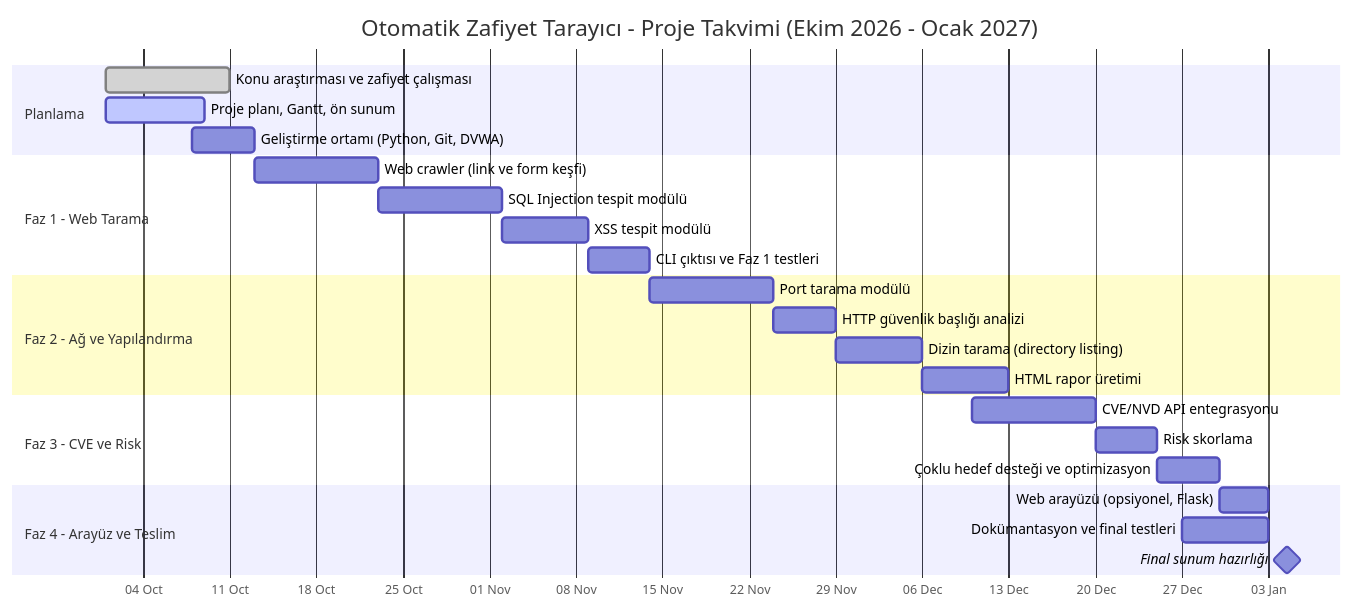
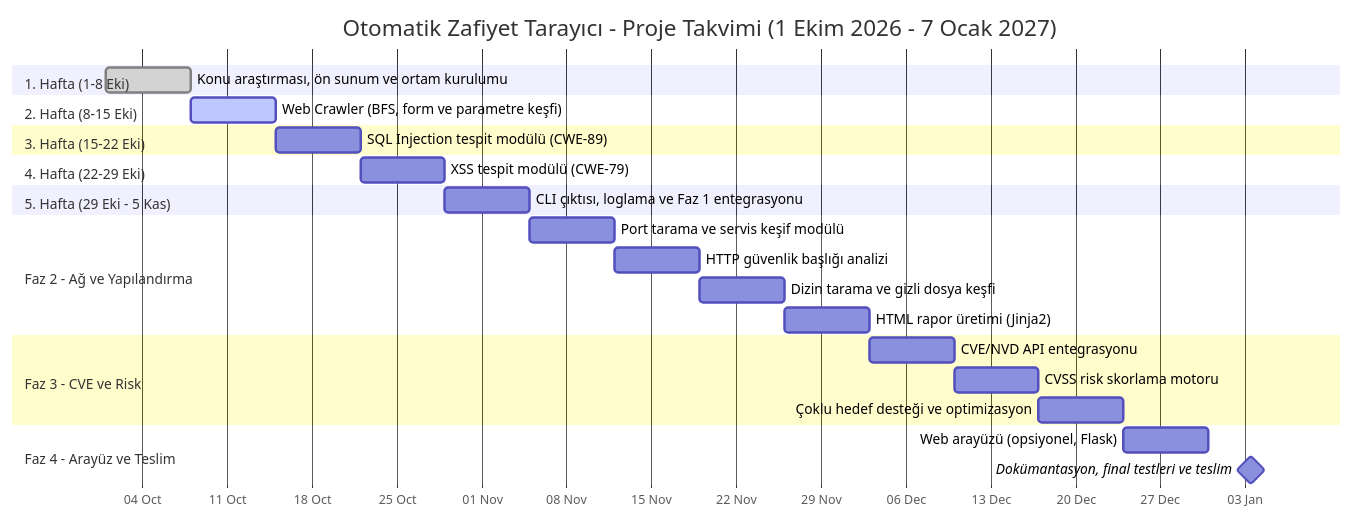
The diagram in docs/gantt_semasi.md (mucoiks/ZaafiyetTarayici), drawn with Mermaid before and after one commit. The commit also changed other lines of this file and 1 other file, not shown here.

Commit message:
docs: gantt semasi ve gitignore guncellendi

````diff
--- a/docs/gantt_semasi.md
+++ b/docs/gantt_semasi.md
@@ -3,33 +5,36 @@
 ```mermaid
 gantt
-    title Otomatik Zafiyet Tarayıcı - Proje Takvimi (Ekim 2026 - Ocak 2027)
+    title Otomatik Zafiyet Tarayıcı - Proje Takvimi (1 Ekim 2026 - 7 Ocak 2027)
     dateFormat  YYYY-MM-DD
     axisFormat  %d %b
 
-    section Planlama
-    Konu araştırması ve zafiyet çalışması   :done,    p1, 2026-10-01, 10d
-    Proje planı, Gantt, ön sunum            :active,  p2, 2026-10-01, 8d
-    Geliştirme ortamı (Python, Git, DVWA)   :         p3, 2026-10-08, 5d
+    section 1. Hafta (1-8 Eki)
+    Konu araştırması, ön sunum ve ortam kurulumu :done, p1, 2026-10-01, 7d
 
-    section Faz 1 - Web Tarama
-    Web crawler (link ve form keşfi)        :f1a, 2026-10-13, 10d
-    SQL Injection tespit modülü             :f1b, after f1a, 10d
-    XSS tespit modülü                       :f1c, after f1b, 7d
-    CLI çıktısı ve Faz 1 testleri           :f1d, after f1c, 5d
+    section 2. Hafta (8-15 Eki)
+    Web Crawler (BFS, form ve parametre keşfi)   :active, f1a, 2026-10-08, 7d
+
+    section 3. Hafta (15-22 Eki)
+    SQL Injection tespit modülü (CWE-89)         :f1b, 2026-10-15, 7d
+
+    section 4. Hafta (22-29 Eki)
+    XSS tespit modülü (CWE-79)                   :f1c, 2026-10-22, 7d
+
+    section 5. Hafta (29 Eki - 5 Kas)
+    CLI çıktısı, loglama ve Faz 1 entegrasyonu   :f1d, 2026-10-29, 7d
 
     section Faz 2 - Ağ ve Yapılandırma
-    Port tarama modülü                      :f2a, 2026-11-14, 10d
-    HTTP güvenlik başlığı analizi           :f2b, after f2a, 5d
-    Dizin tarama (directory listing)        :f2c, after f2b, 7d
-    HTML rapor üretimi                      :f2d, after f2c, 7d
+    Port tarama ve servis keşif modülü           :f2a, 2026-11-05, 7d
+    HTTP güvenlik başlığı analizi                :f2b, 2026-11-12, 7d
+    Dizin tarama ve gizli dosya keşfi            :f2c, 2026-11-19, 7d
+    HTML rapor üretimi (Jinja2)                  :f2d, 2026-11-26, 7d
 
     section Faz 3 - CVE ve Risk
-    CVE/NVD API entegrasyonu                :f3a, 2026-12-10, 10d
-    Risk skorlama                           :f3b, after f3a, 5d
-    Çoklu hedef desteği ve optimizasyon     :f3c, after f3b, 5d
+    CVE/NVD API entegrasyonu                     :f3a, 2026-12-03, 7d
+    CVSS risk skorlama motoru                    :f3b, 2026-12-10, 7d
+    Çoklu hedef desteği ve optimizasyon          :f3c, 2026-12-17, 7d
 
     section Faz 4 - Arayüz ve Teslim
-    Web arayüzü (opsiyonel, Flask)          :f4a, 2026-12-30, 4d
-    Dokümantasyon ve final testleri         :f4b, 2026-12-27, 7d
-    Final sunum hazırlığı                   :milestone, f4c, 2027-01-04, 1d
+    Web arayüzü (opsiyonel, Flask)               :f4a, 2026-12-24, 7d
+    Dokümantasyon, final testleri ve teslim      :milestone, f4b, 2026-12-31, 7d
 ```
````
